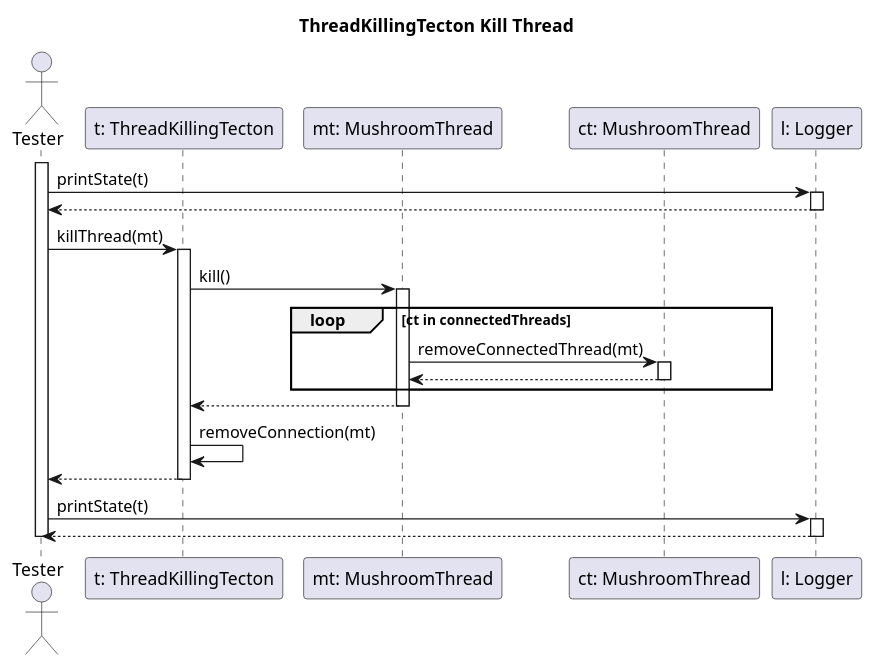
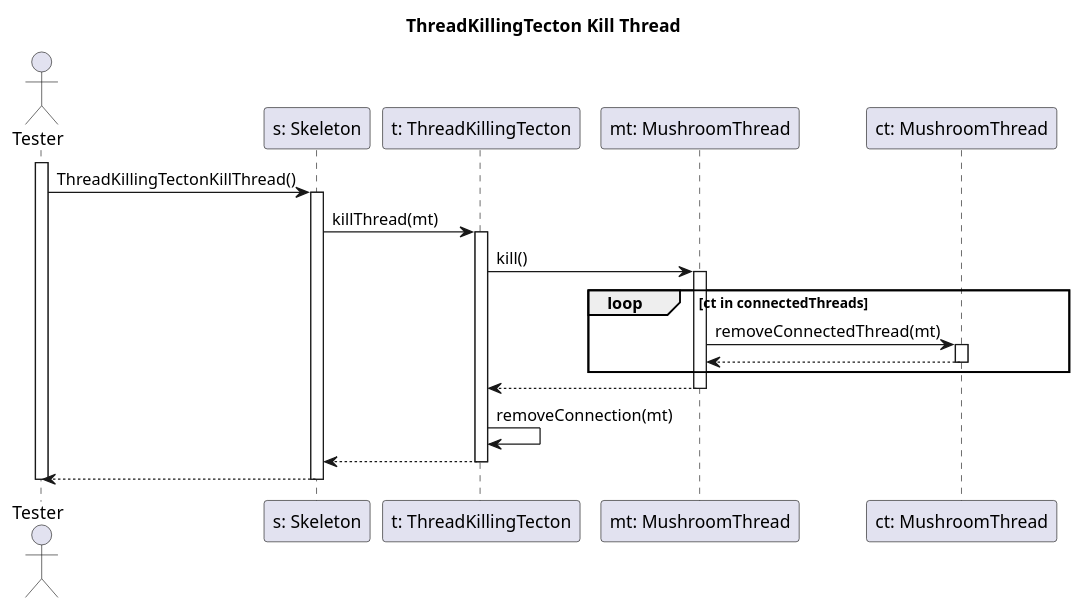
The diagram in diagrams/test-sequence/threadKillingTectonKillThread.puml (dzsem/projlab), drawn with PlantUML before and after one commit.

Commit message:
add skeleton, rem logger in ThreadKillingTectonKillThread

```diff
--- a/diagrams/test-sequence/threadKillingTectonKillThread.puml
+++ b/diagrams/test-sequence/threadKillingTectonKillThread.puml
@@ -1,47 +1,43 @@
 @startuml threadKillingTectonKillThreadTest
 
 title ThreadKillingTecton Kill Thread
 
 actor "Tester" as tst
+participant "s: Skeleton" as s
 participant "t: ThreadKillingTecton" as t
 participant "mt: MushroomThread" as mt
 participant "ct: MushroomThread" as ct
-participant "l: Logger" as l
 
 activate tst
 
-tst -> l: printState(t)
-activate l
-tst <-- l
-deactivate l
+tst -> s: ThreadKillingTectonKillThread()
+activate s
 
-tst -> t: killThread(mt)
+s -> t: killThread(mt)
 activate t
 
 t -> mt: kill()
 activate mt
 
 loop ct in connectedThreads
     mt -> ct: removeConnectedThread(mt)
     activate ct
 
     mt <-- ct
     deactivate ct
 end
 
 t <-- mt
 deactivate mt
 
 t -> t: removeConnection(mt)
 
-tst <-- t
+s <-- t
 deactivate t
 
-tst -> l: printState(t)
-activate l
-tst <-- l
-deactivate l
+tst <-- s
+deactivate s
 
 deactivate tst
 
 @enduml
```
